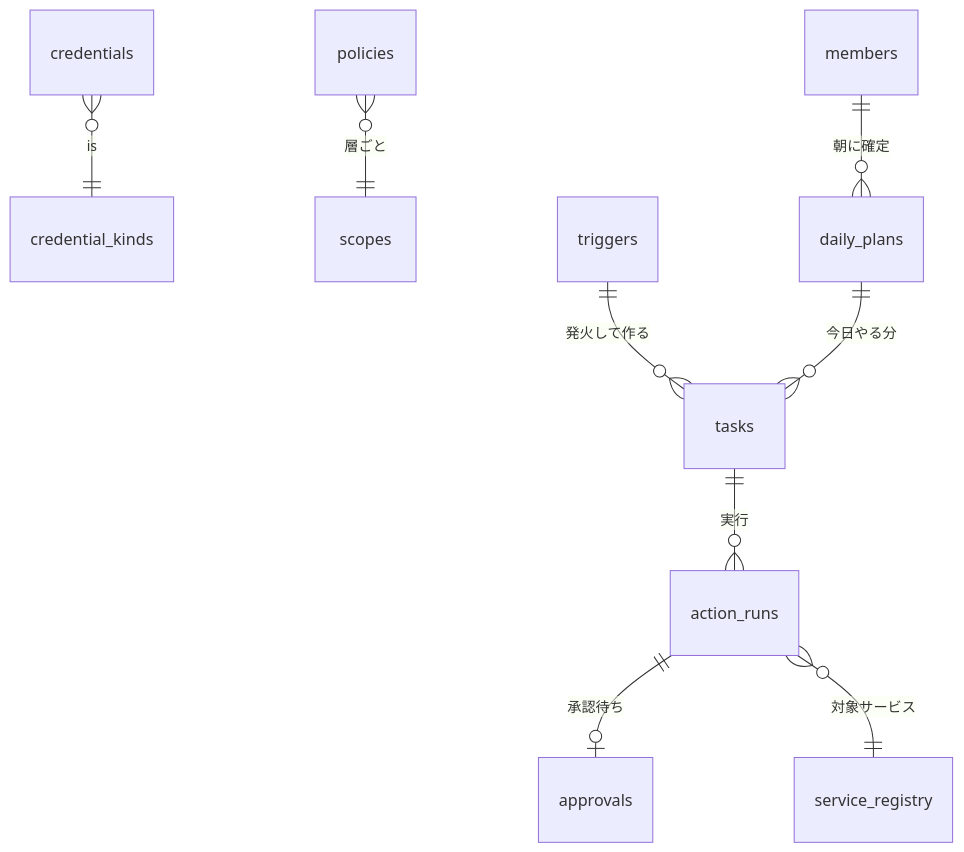
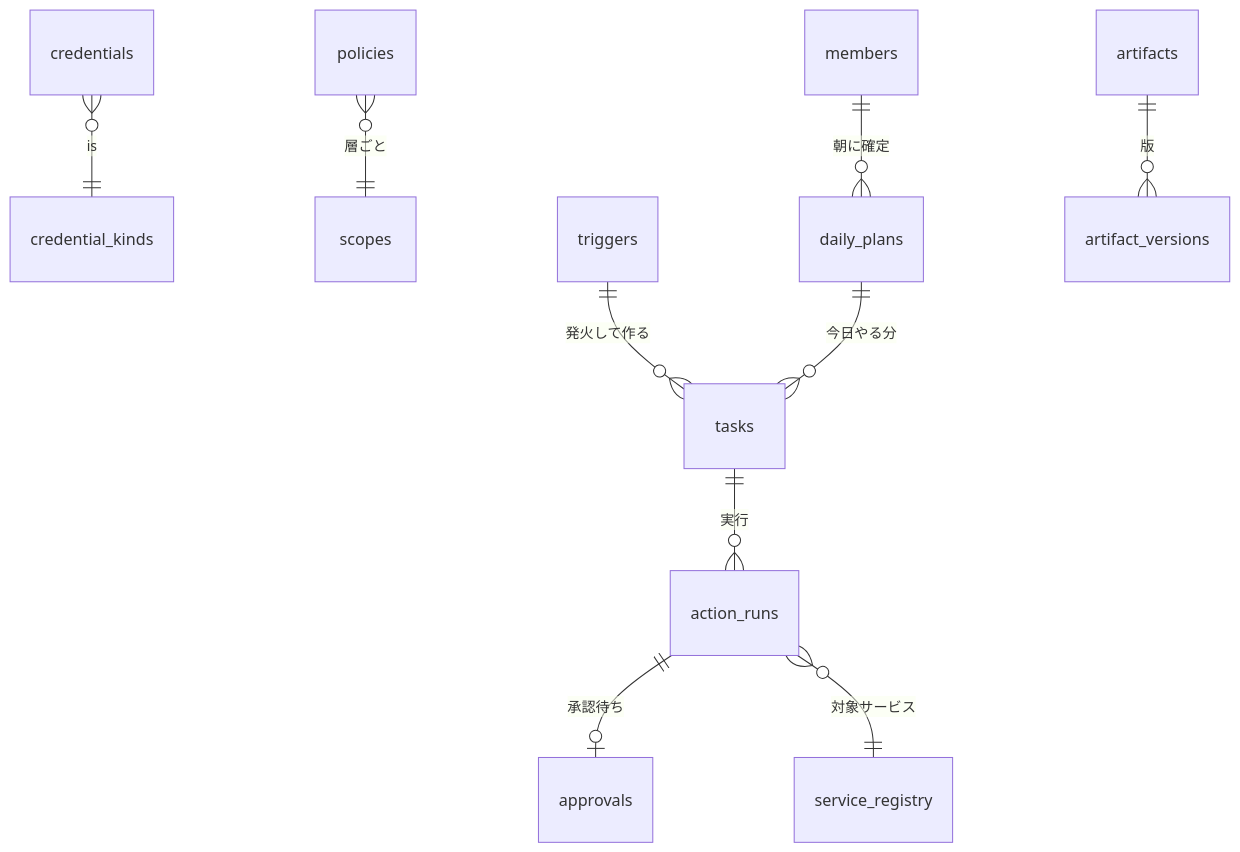
One commit to engine-base-ci/wfe-2611 changed the fifth of 11 diagrams in 03_architecture/ER図.md. Above: the diagram before and after it, drawn with Mermaid. The commit also changed other lines of this file and 141 other files, not shown here.

````diff
--- a/03_architecture/ER図.md
+++ b/03_architecture/ER図.md
@@ -134,11 +139,12 @@
 ```mermaid
 erDiagram
   tasks ||--o{ action_runs : "実行"
   action_runs ||--o| approvals : "承認待ち"
   action_runs }o--|| service_registry : "対象サービス"
   credentials }o--|| credential_kinds : is
   policies }o--|| scopes : "層ごと"
   triggers ||--o{ tasks : "発火して作る"
   members ||--o{ daily_plans : "朝に確定"
   daily_plans ||--o{ tasks : "今日やる分"
+  artifacts ||--o{ artifact_versions : "版"
 ```
````
